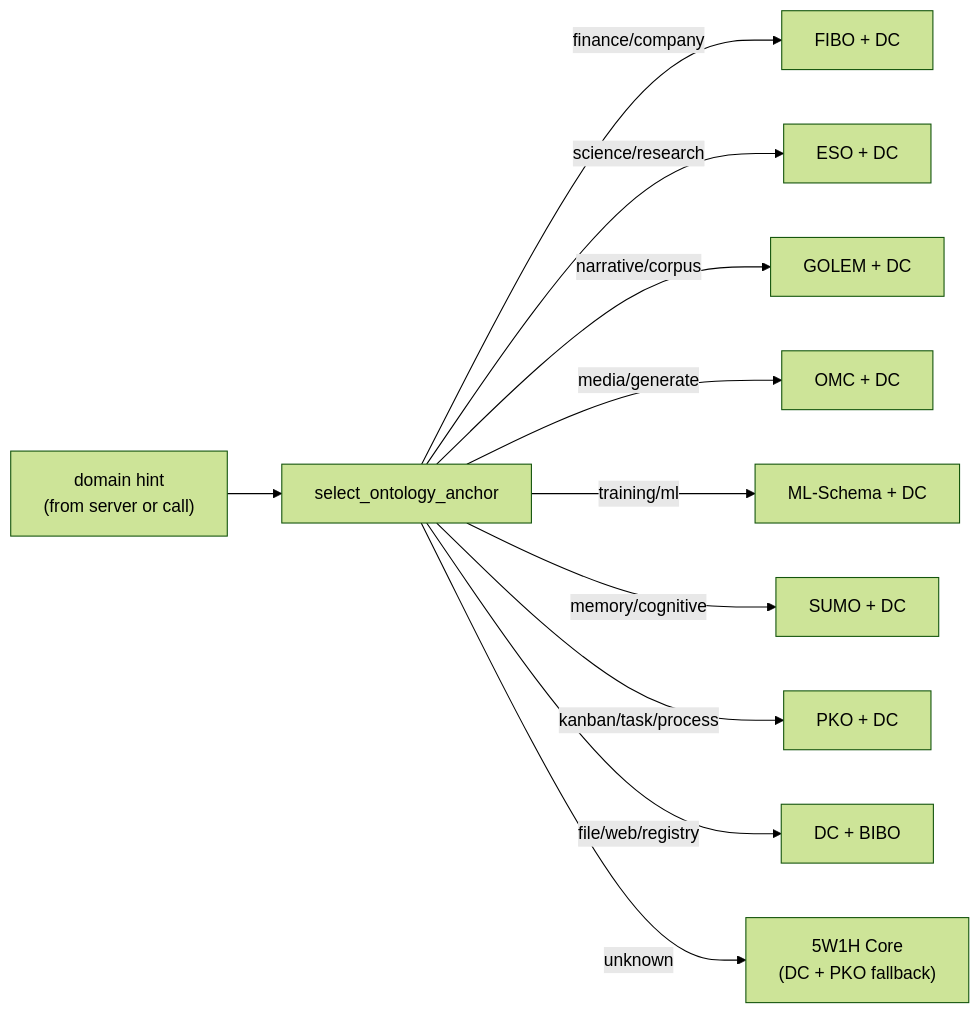
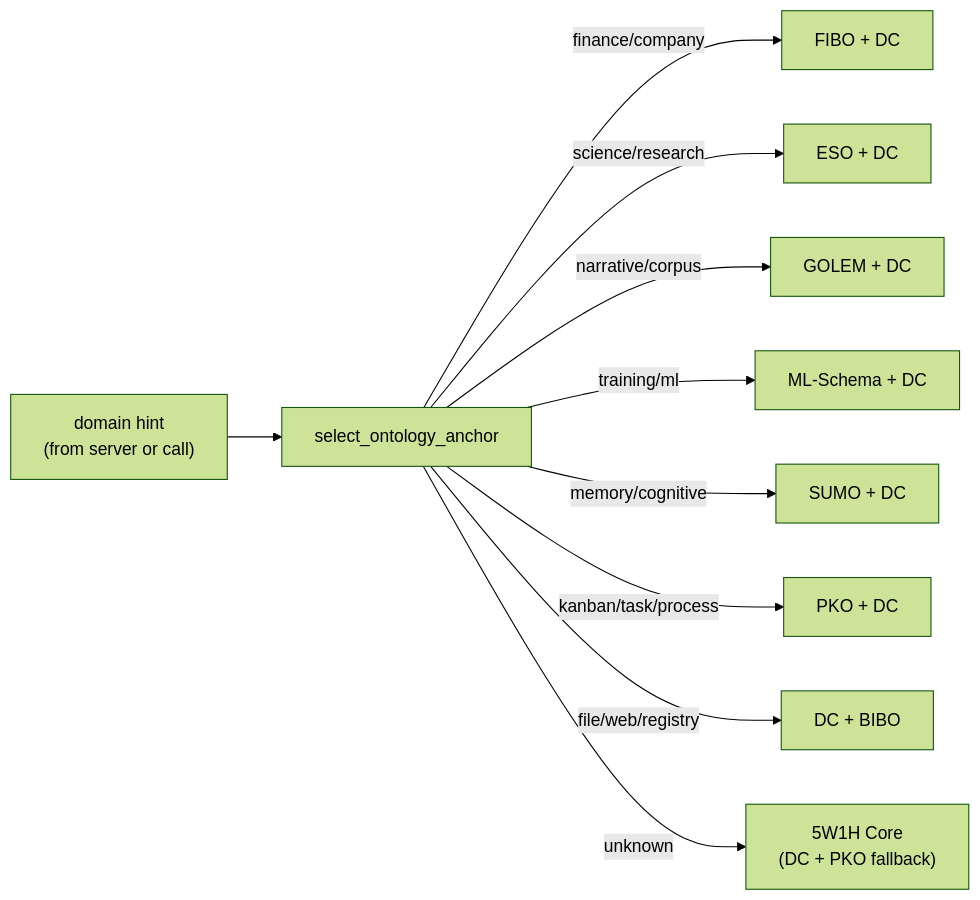
Before and after one commit to mdz-axo/zed-kask: the second of 2 diagrams in kask/docs/diagrams/architecture-ontology-bridge.md, drawn with Mermaid (forest theme). The commit also changed other lines of this file and 22 other files, not shown here.

Commit message:
``` Remove OMC ontology and media widget, add condenser axis ```

````diff
--- a/kask/docs/diagrams/architecture-ontology-bridge.md
+++ b/kask/docs/diagrams/architecture-ontology-bridge.md
@@ -75,15 +72,14 @@
 ```mermaid
 flowchart LR
     domain["domain hint<br/>(from server or call)"]
     select["select_ontology_anchor"]
     domain --> select
     select -->|"finance/company"| fibo_anchor["FIBO + DC"]
     select -->|"science/research"| eso_anchor["ESO + DC"]
     select -->|"narrative/corpus"| golem_anchor["GOLEM + DC"]
-    select -->|"media/generate"| omc_anchor["OMC + DC"]
     select -->|"training/ml"| ml_anchor["ML-Schema + DC"]
     select -->|"memory/cognitive"| sumo_anchor["SUMO + DC"]
     select -->|"kanban/task/process"| pko_anchor["PKO + DC"]
     select -->|"file/web/registry"| dc_anchor["DC + BIBO"]
     select -->|"unknown"| core_anchor["5W1H Core<br/>(DC + PKO fallback)"]
 ```
````
